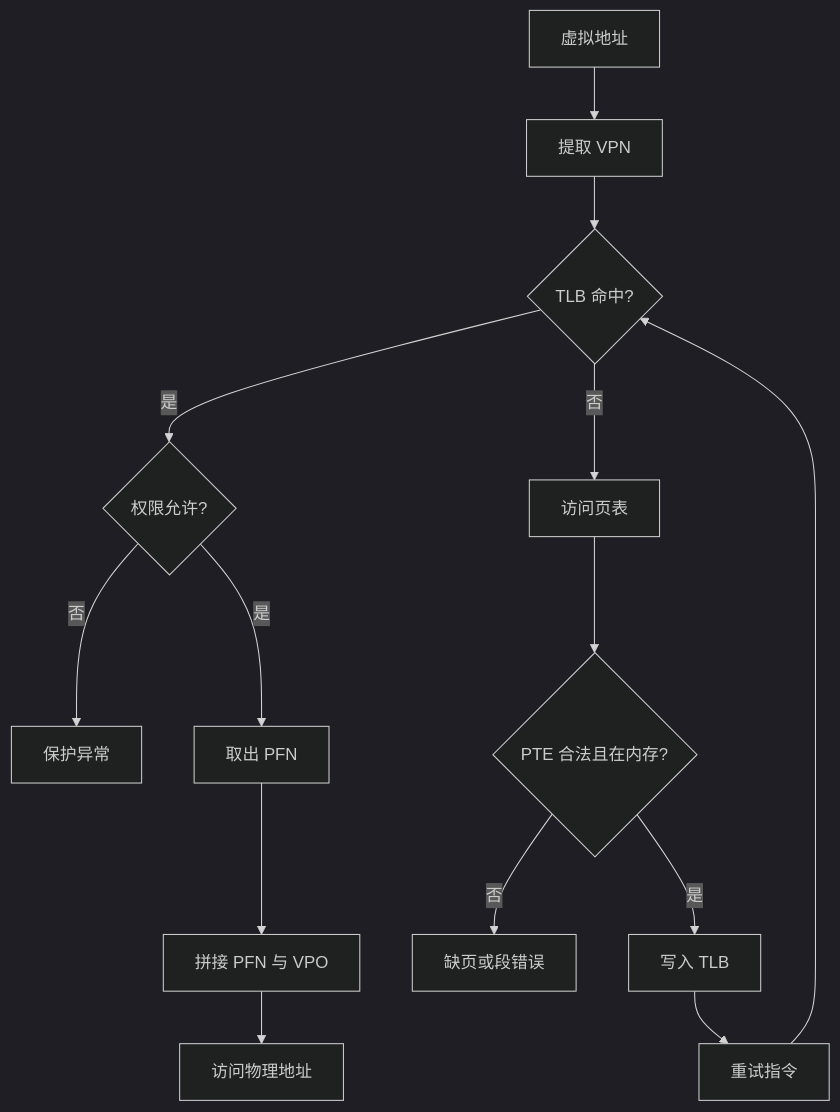
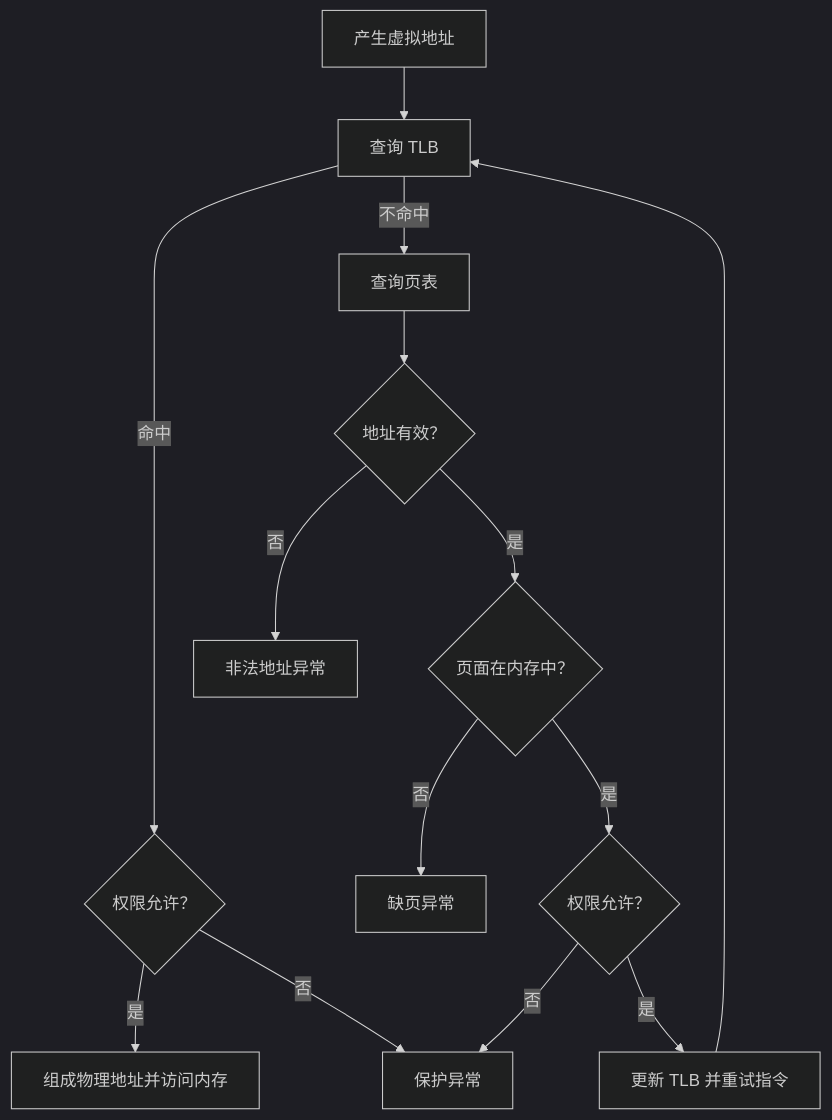
The first of 2 diagrams in src/content/posts/内存虚拟化.md (Meer-Matze/Meer-Matze.github.io), drawn with Mermaid (dark theme) before and after one commit. The commit also changed other lines of this file, not shown here.

````diff
--- a/src/content/posts/内存虚拟化.md
+++ b/src/content/posts/内存虚拟化.md
@@ -327,16 +360,16 @@
 ```mermaid
 flowchart TD
-    A[虚拟地址] --> B[提取 VPN]
-    B --> C{TLB 命中?}
-    C -- 是 --> P{权限允许?}
-    P -- 否 --> X[保护异常]
-    P -- 是 --> D[取出 PFN]
-    C -- 否 --> E[访问页表]
-    E --> F{PTE 合法且在内存?}
-    F -- 否 --> G[缺页或段错误]
-    F -- 是 --> H[写入 TLB]
-    H --> R[重试指令]
-    R --> C
-    D --> I[拼接 PFN 与 VPO]
-    I --> J[访问物理地址]
+    A[产生虚拟地址] --> B[查询 TLB]
+    B -->|命中| C{权限允许？}
+    C -->|是| D[组成物理地址并访问内存]
+    C -->|否| E[保护异常]
+    B -->|不命中| F[查询页表]
+    F --> G{地址有效？}
+    G -->|否| H[非法地址异常]
+    G -->|是| I{页面在内存中？}
+    I -->|否| J[缺页异常]
+    I -->|是| K{权限允许？}
+    K -->|否| E
+    K -->|是| L[更新 TLB 并重试指令]
+    L --> B
 ```
````
